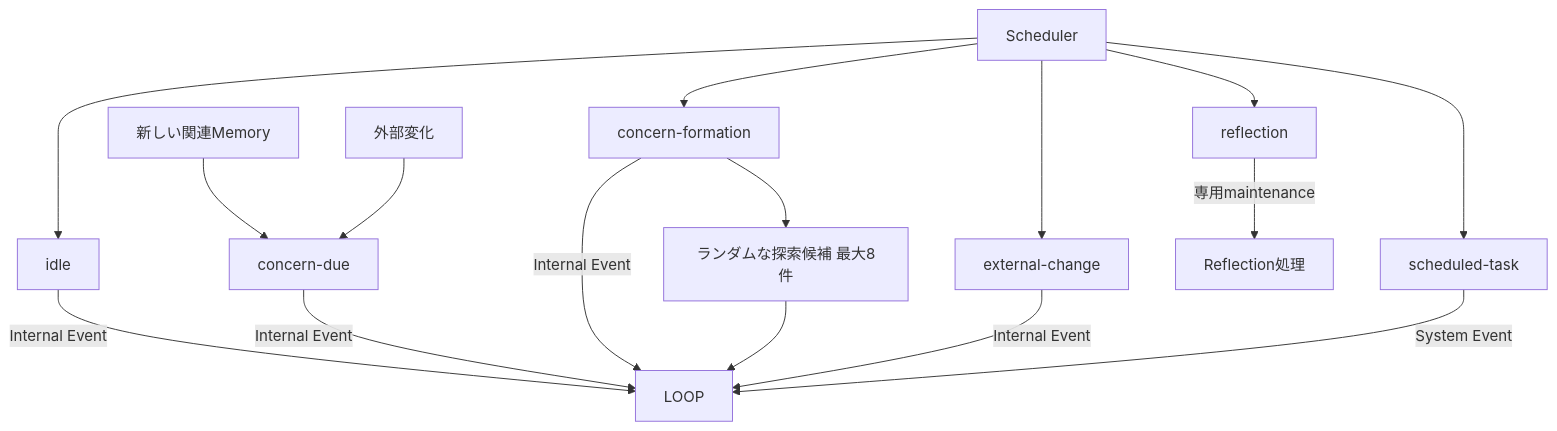
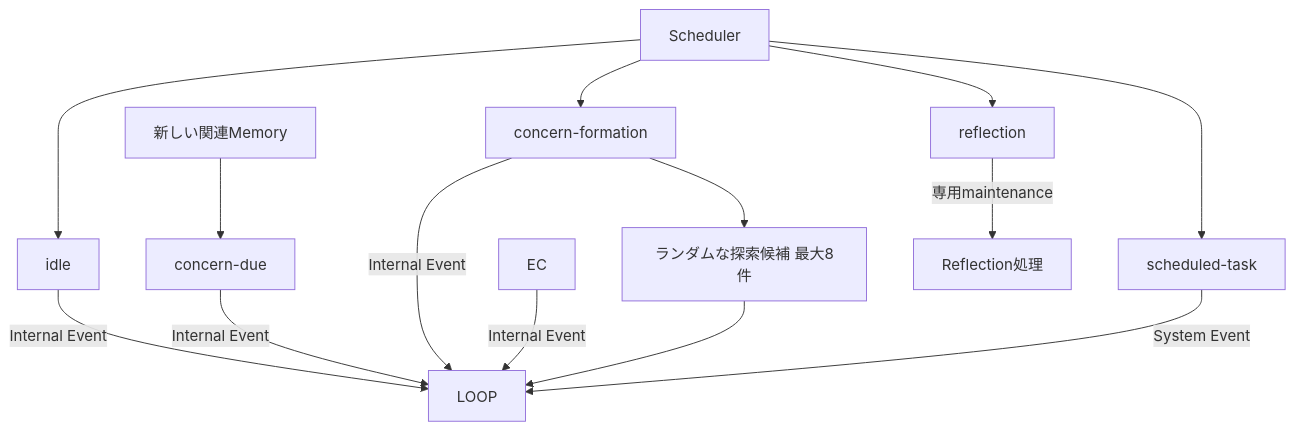
The fifth of 8 diagrams in docs/AGENT_MOTIVATION_MODEL.md (if001/social_agent), drawn with Mermaid before and after one commit. The commit also changed other lines of this file and 48 other files, not shown here.

````diff
--- a/docs/AGENT_MOTIVATION_MODEL.md
+++ b/docs/AGENT_MOTIVATION_MODEL.md
@@ -285,20 +285,18 @@
 ```mermaid
 flowchart TD
     SCH[Scheduler] --> I[idle]
     SCH --> CF[concern-formation]
     MEM[新しい関連Memory] --> CD[concern-due]
-    EXT[外部変化] --> CD
-    SCH --> EC[external-change]
     SCH --> RF[reflection]
     SCH --> TASK[scheduled-task]
 
     I -->|Internal Event| LOOP
     CF -->|Internal Event| LOOP
     CD -->|Internal Event| LOOP
     EC -->|Internal Event| LOOP
     TASK -->|System Event| LOOP
     RF -->|専用maintenance| REFLECTION[Reflection処理]
 
     CF --> CAND[ランダムな探索候補 最大8件]
     CAND --> LOOP
 ```
````
